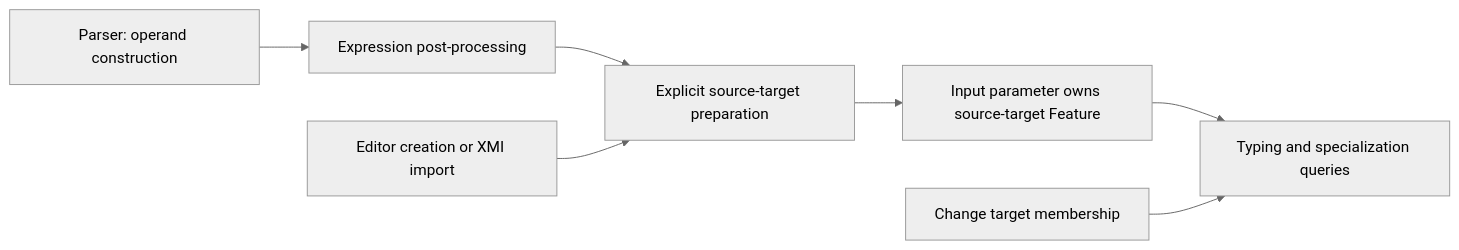
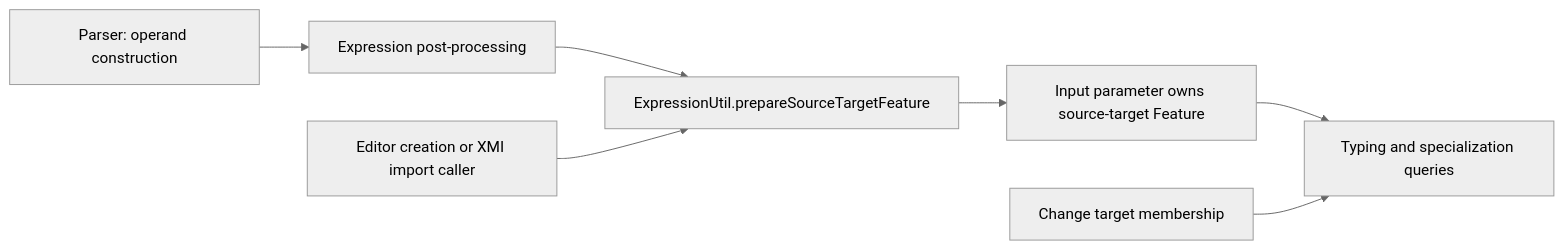
One commit to ObeoNetwork/SysML-v2-Pilot-Implementation changed the diagram in org.omg.sysml.logic/doc/feature-chain-preparation.md. Above: the diagram before and after it, drawn with Mermaid (neutral theme). The commit also changed other lines of this file and 4 other files, not shown here.

Commit message:
ST6RI-981 - Move feature-chain source-target creation to explicit preparation

````diff
--- a/org.omg.sysml.logic/doc/feature-chain-preparation.md
+++ b/org.omg.sysml.logic/doc/feature-chain-preparation.md
@@ -70,9 +49,9 @@
 ```mermaid
 flowchart LR
     Parser[Parser: operand construction] --> Post[Expression post-processing]
-    Post --> Prepare[Explicit source-target preparation]
-    Editor[Editor creation or XMI import] --> Prepare
+    Post --> Prepare[ExpressionUtil.prepareSourceTargetFeature]
+    Editor[Editor creation or XMI import caller] --> Prepare
     Prepare --> Structure[Input parameter owns source-target Feature]
     Structure --> Query[Typing and specialization queries]
     Edit[Change target membership] --> Query
 ```
````
